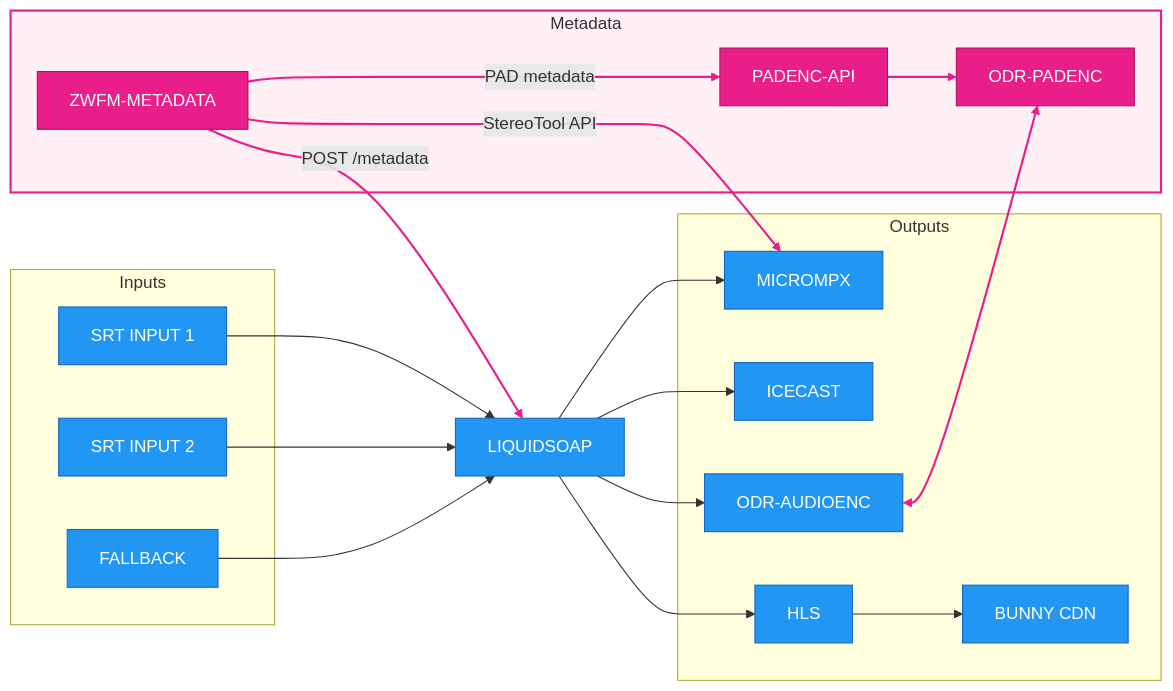
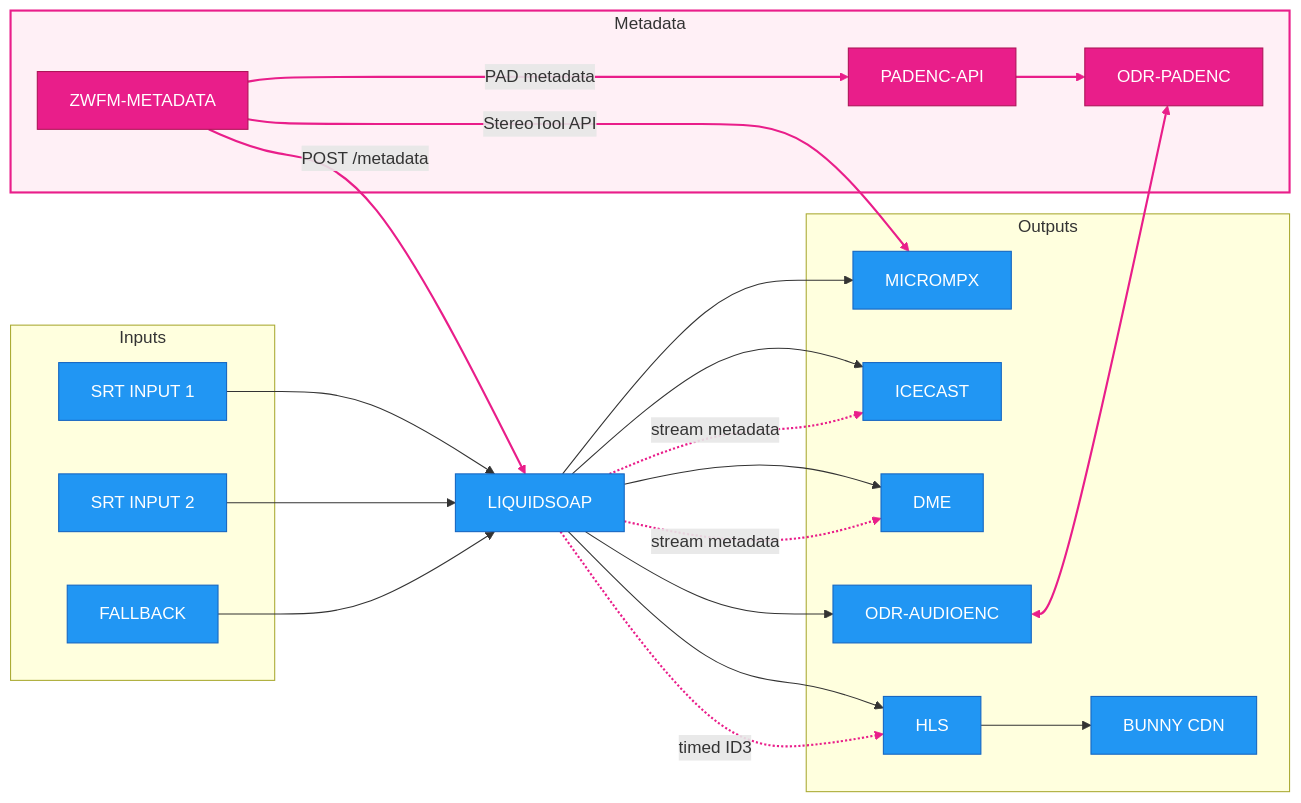
Before and after one commit to oszuidwest/zwfm-liquidsoap: the diagram in README.md, drawn with Mermaid. The commit also changed other lines of this file, not shown here.

Commit message:
docs: show metadata distribution in architecture

````diff
--- a/README.md
+++ b/README.md
@@ -13,48 +13,53 @@
 ```mermaid
 flowchart LR
     subgraph inputs [" Inputs "]
         SRT1["SRT INPUT 1"]
         SRT2["SRT INPUT 2"]
         FALLBACK["FALLBACK"]
     end
 
     LIQUIDSOAP["LIQUIDSOAP"]
 
     subgraph outputs [" Outputs "]
         MICROMPX["MICROMPX"]
         ICECAST["ICECAST"]
+        DME["DME"]
         HLS["HLS"]
         BUNNY["BUNNY CDN"]
         ODR["ODR-AUDIOENC"]
     end
 
     subgraph metadata [" Metadata "]
         PADENC["ODR-PADENC"]
         PADAPI["PADENC-API"]
         ZWFM["ZWFM-METADATA"]
     end
 
     SRT1 --> LIQUIDSOAP
     SRT2 --> LIQUIDSOAP
     FALLBACK --> LIQUIDSOAP
 
     LIQUIDSOAP --> MICROMPX
     LIQUIDSOAP --> ICECAST
+    LIQUIDSOAP --> DME
     LIQUIDSOAP --> HLS
     HLS --> BUNNY
     LIQUIDSOAP --> ODR
 
     ODR <--> PADENC
     PADAPI --> PADENC
     ZWFM -->|POST /metadata| LIQUIDSOAP
     ZWFM -->|PAD metadata| PADAPI
     ZWFM -->|StereoTool API| MICROMPX
+    LIQUIDSOAP -. stream metadata .-> ICECAST
+    LIQUIDSOAP -. stream metadata .-> DME
+    LIQUIDSOAP -. timed ID3 .-> HLS
 
     classDef blue fill:#2196F3,stroke:#1565C0,color:#fff
     classDef metadataFlow fill:#E91E8A,stroke:#AD1457,color:#fff
 
-    class SRT1,SRT2,FALLBACK,LIQUIDSOAP,MICROMPX,ICECAST,HLS,BUNNY,ODR blue
+    class SRT1,SRT2,FALLBACK,LIQUIDSOAP,MICROMPX,ICECAST,DME,HLS,BUNNY,ODR blue
     class PADENC,PADAPI,ZWFM metadataFlow
     style metadata fill:#FFF0F6,stroke:#E91E8A,stroke-width:2px
-    linkStyle 8,9,10,11,12 stroke:#E91E8A,stroke-width:2px
+    linkStyle 9,10,11,12,13,14,15,16 stroke:#E91E8A,stroke-width:2px
 ```
````
